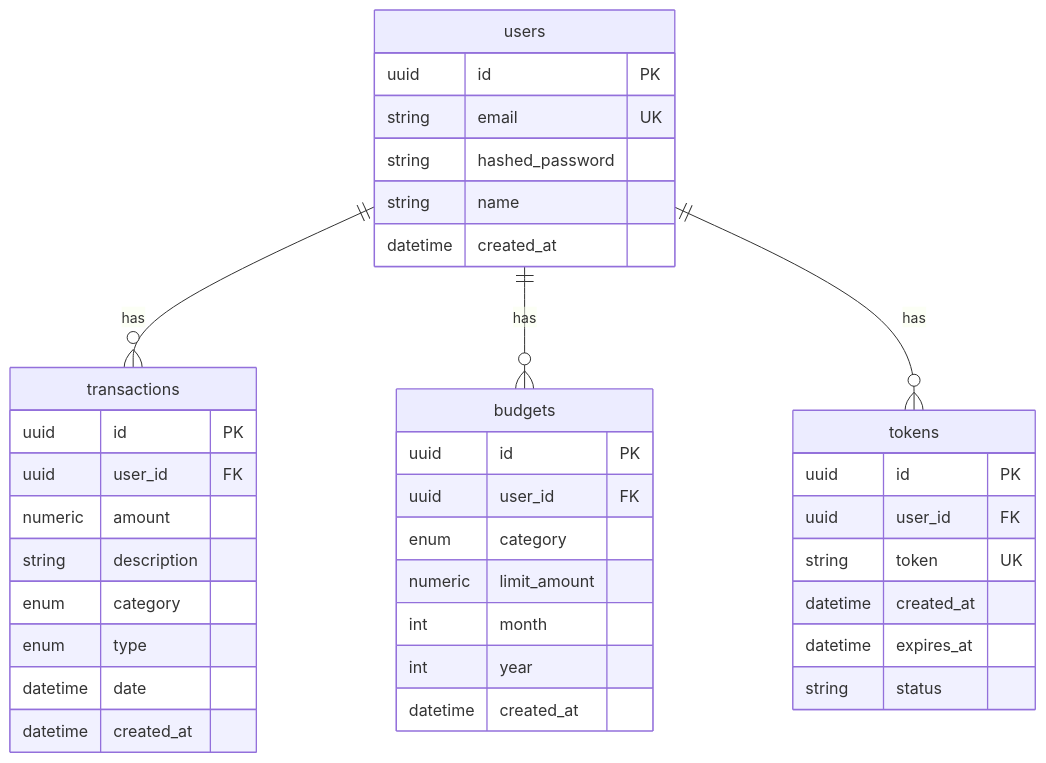
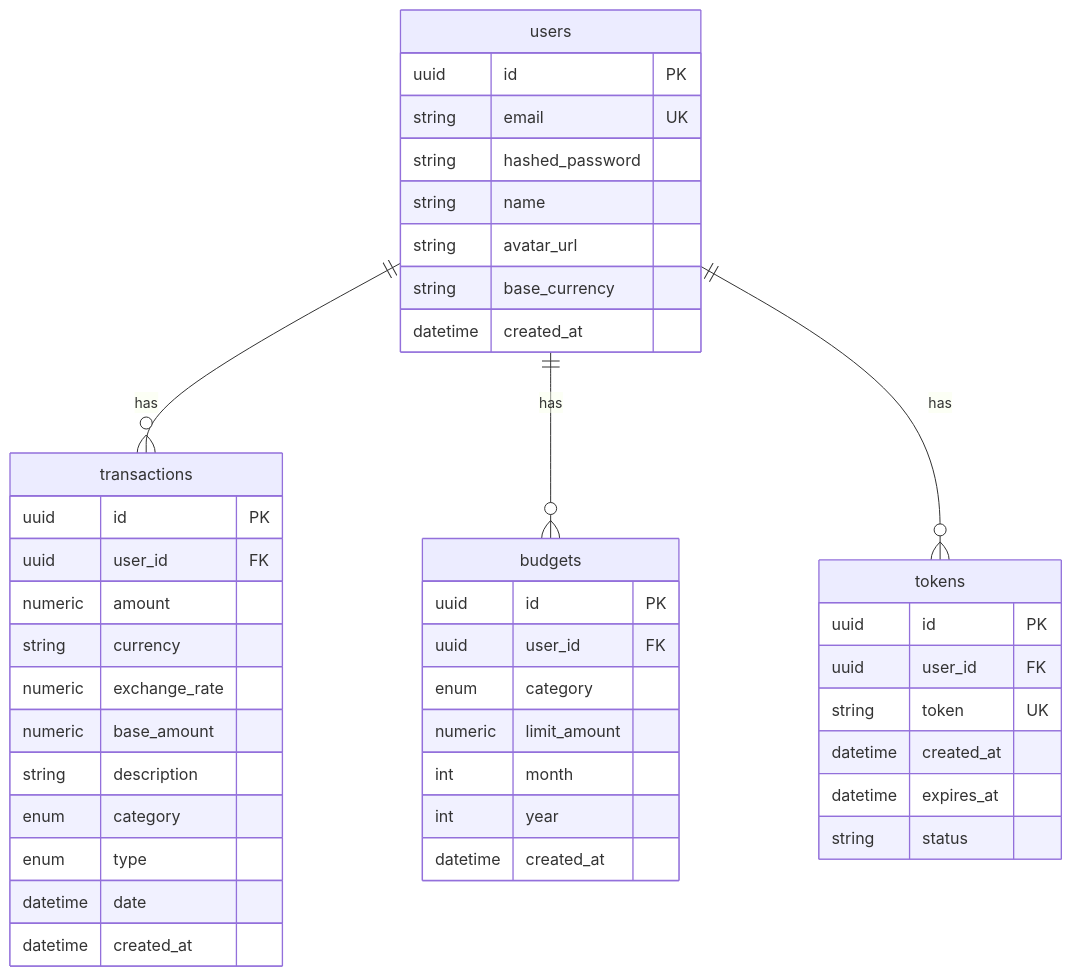
Before and after one commit to jbronxxx/getbalanceai_api: the second of 2 diagrams in ARCHITECTURE.md, drawn with Mermaid. The commit also changed other lines of this file and 25 other files, not shown here.

````diff
--- a/ARCHITECTURE.md
+++ b/ARCHITECTURE.md
@@ -54,44 +54,49 @@
 ```mermaid
 erDiagram
     users ||--o{ transactions : "has"
     users ||--o{ budgets : "has"
     users ||--o{ tokens : "has"
 
     users {
         uuid id PK
         string email UK
         string hashed_password
         string name
+        string avatar_url
+        string base_currency
         datetime created_at
     }
 
     tokens {
         uuid id PK
         uuid user_id FK
         string token UK
         datetime created_at
         datetime expires_at
         string status
     }
 
     transactions {
         uuid id PK
         uuid user_id FK
         numeric amount
+        string currency
+        numeric exchange_rate
+        numeric base_amount
         string description
         enum category
         enum type
         datetime date
         datetime created_at
     }
 
     budgets {
         uuid id PK
         uuid user_id FK
         enum category
         numeric limit_amount
         int month
         int year
         datetime created_at
     }
 ```
````
